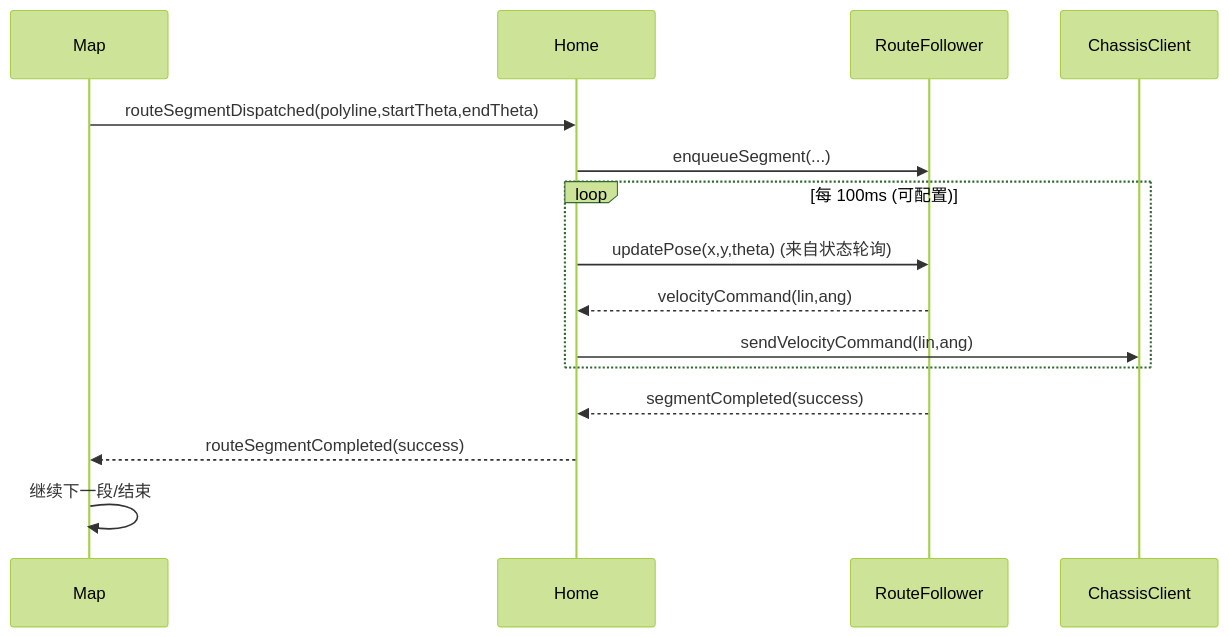
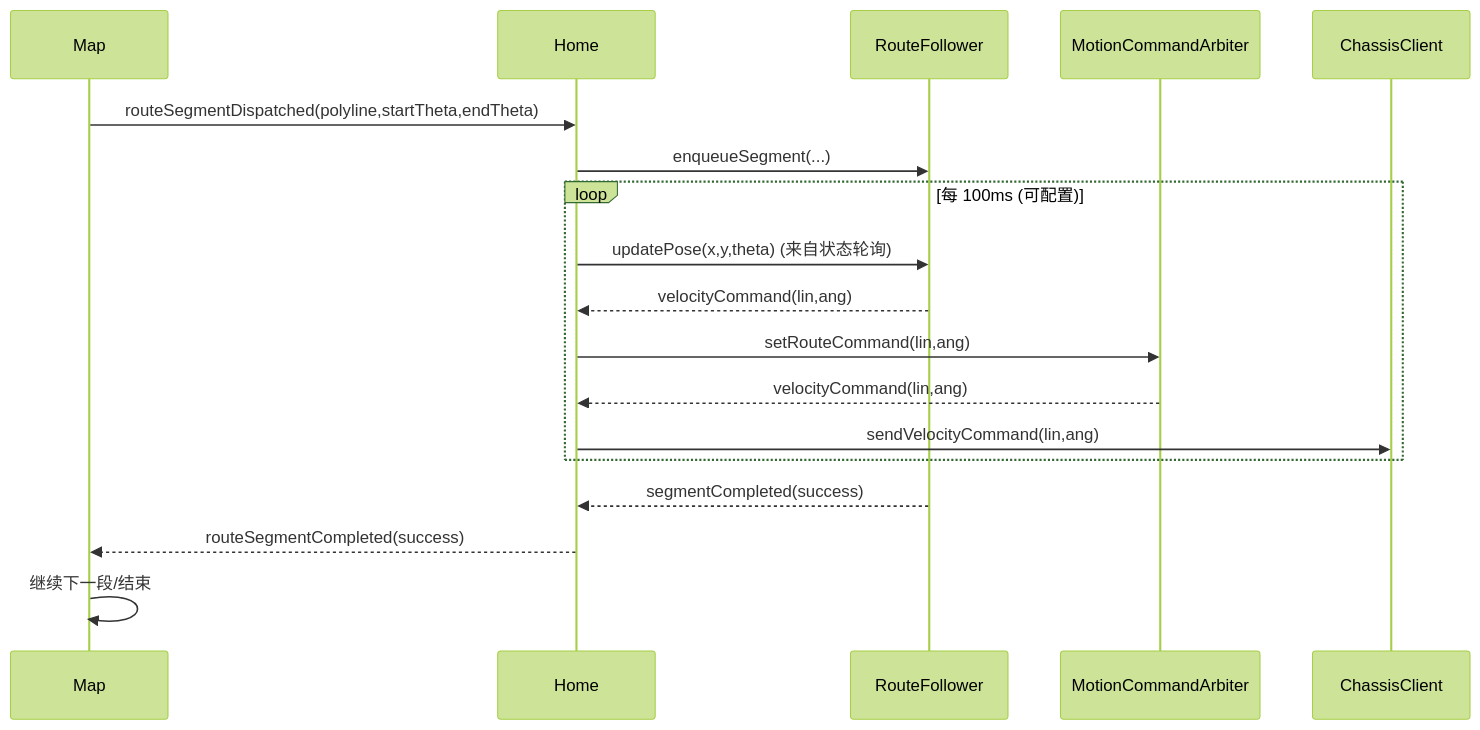
Before and after one commit to DAC-Code25/Tenco: the fourth of 4 diagrams in docs/04_Architecture.md, drawn with Mermaid (forest theme). The commit also changed other lines of this file and 24 other files, not shown here.

First line of the commit message:
Feature/motion command arbiter v1 (#11)

````diff
--- a/docs/04_Architecture.md
+++ b/docs/04_Architecture.md
@@ -123,18 +123,21 @@
 ```mermaid
 sequenceDiagram
   participant Map as Map
   participant Home as Home
   participant F as RouteFollower
+  participant A as MotionCommandArbiter
   participant WS as ChassisClient
 
   Map->>Home: routeSegmentDispatched(polyline,startTheta,endTheta)
   Home->>F: enqueueSegment(...)
   loop 每 100ms (可配置)
     Home->>F: updatePose(x,y,theta)  (来自状态轮询)
     F-->>Home: velocityCommand(lin,ang)
+    Home->>A: setRouteCommand(lin,ang)
+    A-->>Home: velocityCommand(lin,ang)
     Home->>WS: sendVelocityCommand(lin,ang)
   end
   F-->>Home: segmentCompleted(success)
   Home-->>Map: routeSegmentCompleted(success)
   Map->>Map: 继续下一段/结束
 ```
````
